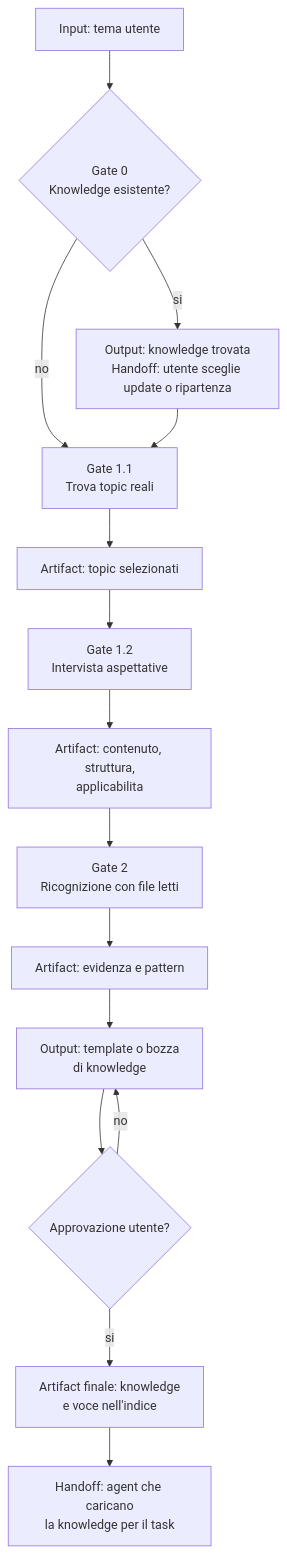
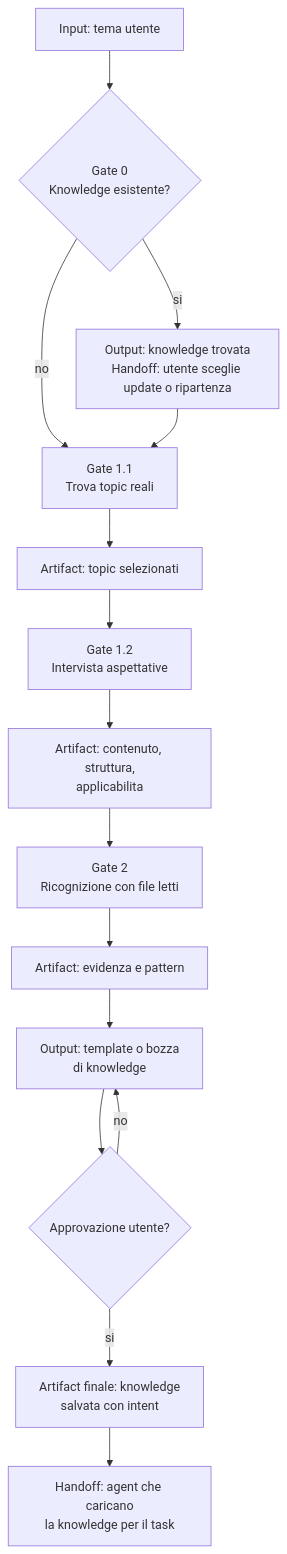
The diagram in role-maps/agents/knowledge-builder.md (violabg/agentic-system-lessons), drawn with Mermaid before and after one commit. The commit also changed other lines of this file and 39 other files, not shown here.

````diff
--- a/role-maps/agents/knowledge-builder.md
+++ b/role-maps/agents/knowledge-builder.md
@@ -15,17 +15,17 @@
 ```mermaid
 flowchart TD
     Topic[Input: tema utente] --> G0{Gate 0<br/>Knowledge esistente?}
     G0 -->|si| Choice[Output: knowledge trovata<br/>Handoff: utente sceglie update o ripartenza]
     G0 -->|no| G11[Gate 1.1<br/>Trova topic reali]
     Choice --> G11
     G11 --> Selected[Artifact: topic selezionati]
     Selected --> G12[Gate 1.2<br/>Intervista aspettative]
     G12 --> Expectations[Artifact: contenuto, struttura,<br/>applicabilita]
     Expectations --> G2[Gate 2<br/>Ricognizione con file letti]
     G2 --> Evidence[Artifact: evidenza e pattern]
     Evidence --> Draft[Output: template o bozza<br/>di knowledge]
     Draft --> Approval{Approvazione utente?}
     Approval -->|no| Draft
-    Approval -->|si| Publish[Artifact finale: knowledge<br/>e voce nell'indice]
+    Approval -->|si| Publish[Artifact finale: knowledge<br/>salvata con intent]
     Publish --> Handoff[Handoff: agent che caricano<br/>la knowledge per il task]
 ```
````
